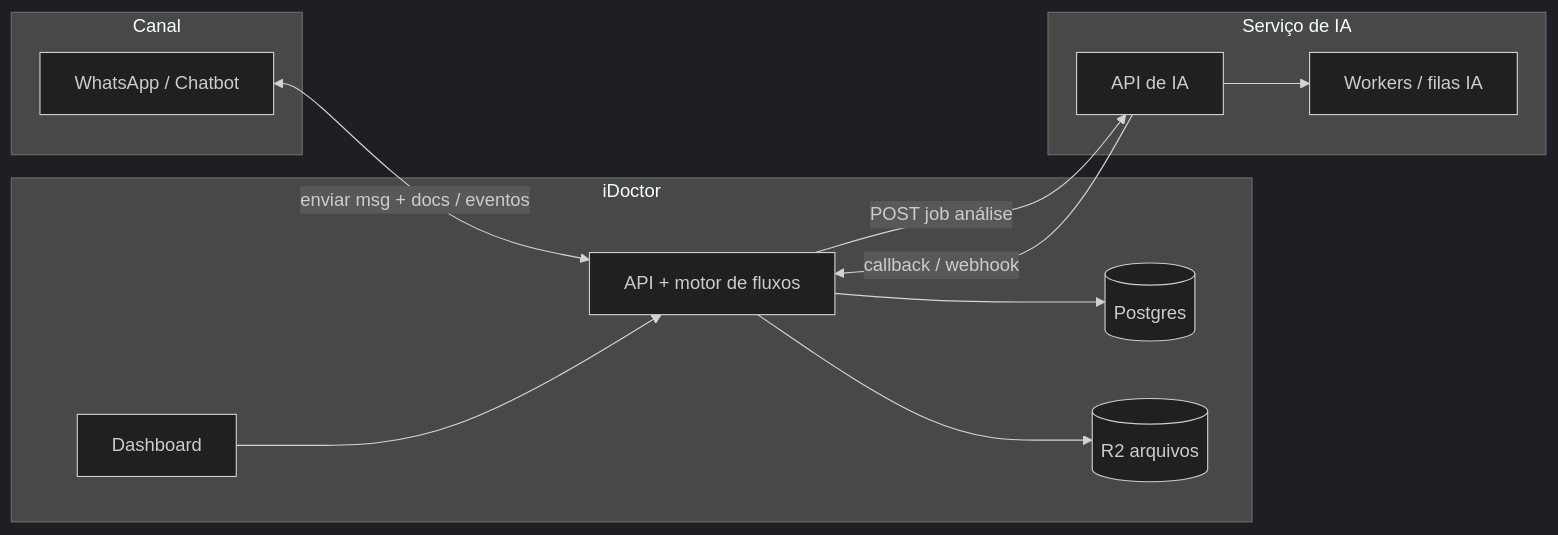
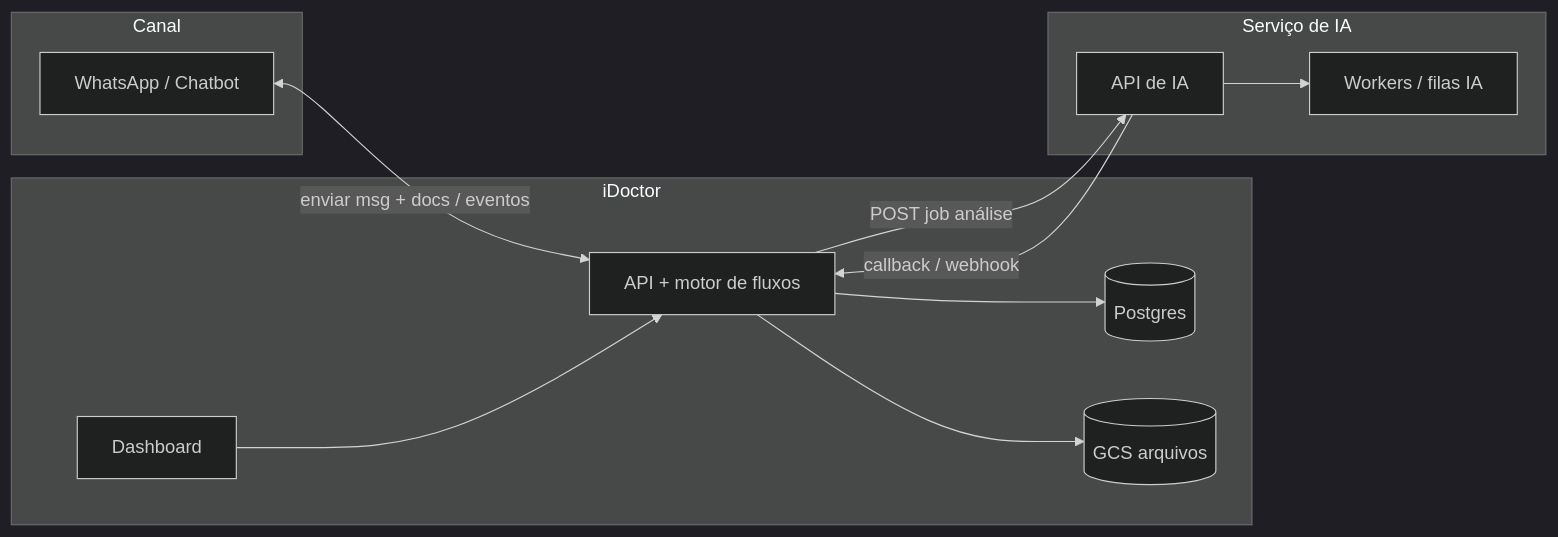
One commit to bucomax/bucomax-dashboard changed the diagram in docs/PRODUCT-SCOPE.md. Above: the diagram before and after it, drawn with Mermaid (dark theme). The commit also changed other lines of this file and 38 other files, not shown here.

````diff
--- a/docs/PRODUCT-SCOPE.md
+++ b/docs/PRODUCT-SCOPE.md
@@ -26,26 +26,26 @@
 ```mermaid
 flowchart LR
   subgraph canal [Canal]
     WA[WhatsApp / Chatbot]
   end
 
   subgraph core [iDoctor]
     API[API + motor de fluxos]
     DB[(Postgres)]
-    R2[(R2 arquivos)]
+    GCS[(GCS arquivos)]
     UI[Dashboard]
   end
 
   subgraph ia [Serviço de IA]
     IA_API[API de IA]
     IA_W[Workers / filas IA]
   end
 
   WA <-->|"enviar msg + docs / eventos"| API
   UI --> API
   API --> DB
-  API --> R2
+  API --> GCS
   API -->|"POST job análise"| IA_API
   IA_API --> IA_W
   IA_API -->|"callback / webhook"| API
 ```
````
